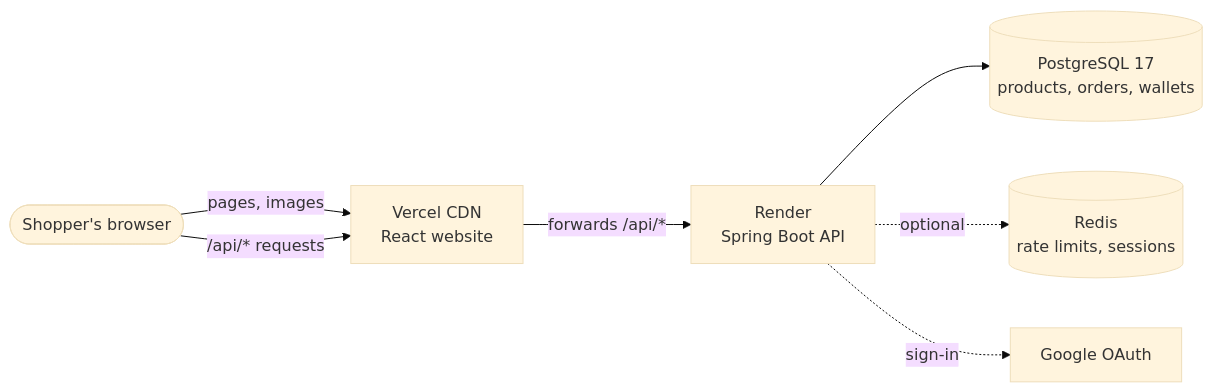
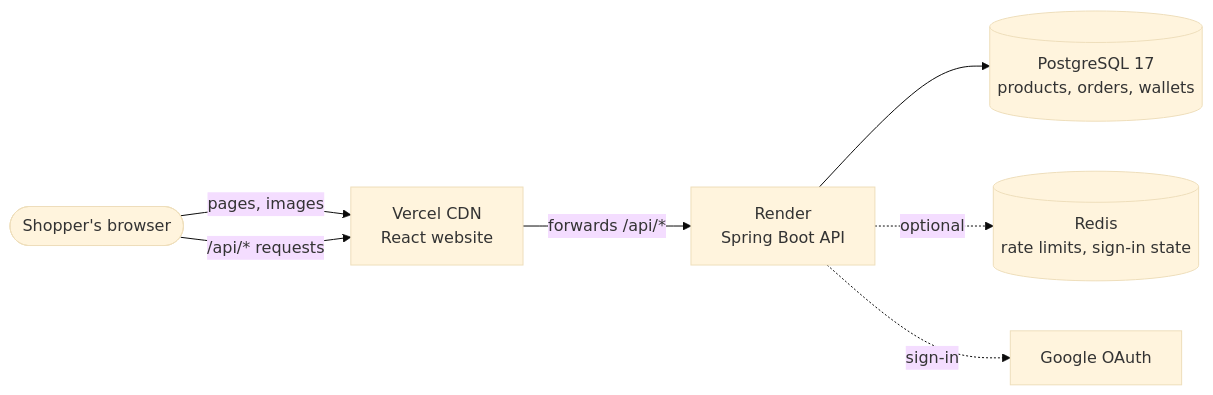
The first of 3 diagrams in README.md (VijaysinghPuwar/TrustKart), drawn with Mermaid (base theme) before and after one commit. The commit also changed other lines of this file and 37 other files, not shown here.

````diff
--- a/README.md
+++ b/README.md
@@ -70,9 +70,9 @@
 ```mermaid
 flowchart LR
     U([Shopper's browser]) -->|pages, images| V[Vercel CDN<br/>React website]
     U -->|/api/* requests| V
     V -->|forwards /api/*| A[Render<br/>Spring Boot API]
     A --> P[(PostgreSQL 17<br/>products, orders, wallets)]
-    A -.->|optional| R[(Redis<br/>rate limits, sessions)]
+    A -.->|optional| R[(Redis<br/>rate limits, sign-in state)]
     A -.->|sign-in| G[Google OAuth]
 ```
````
